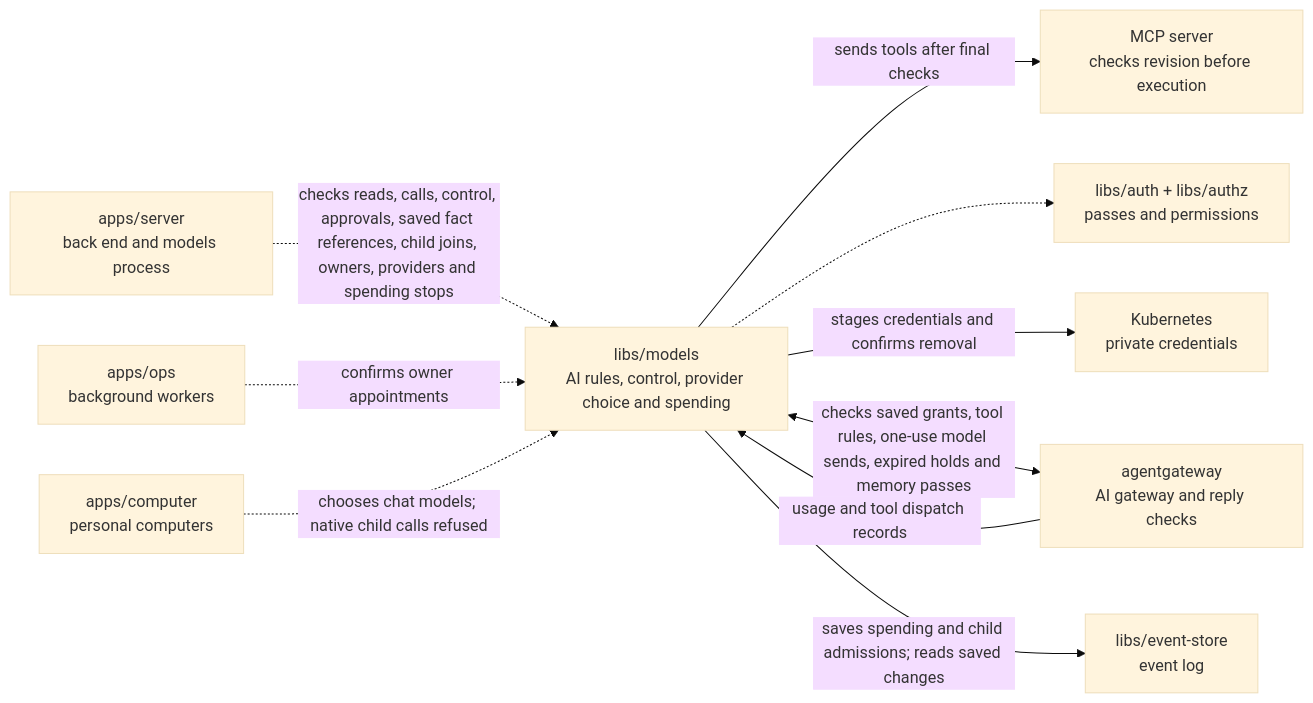
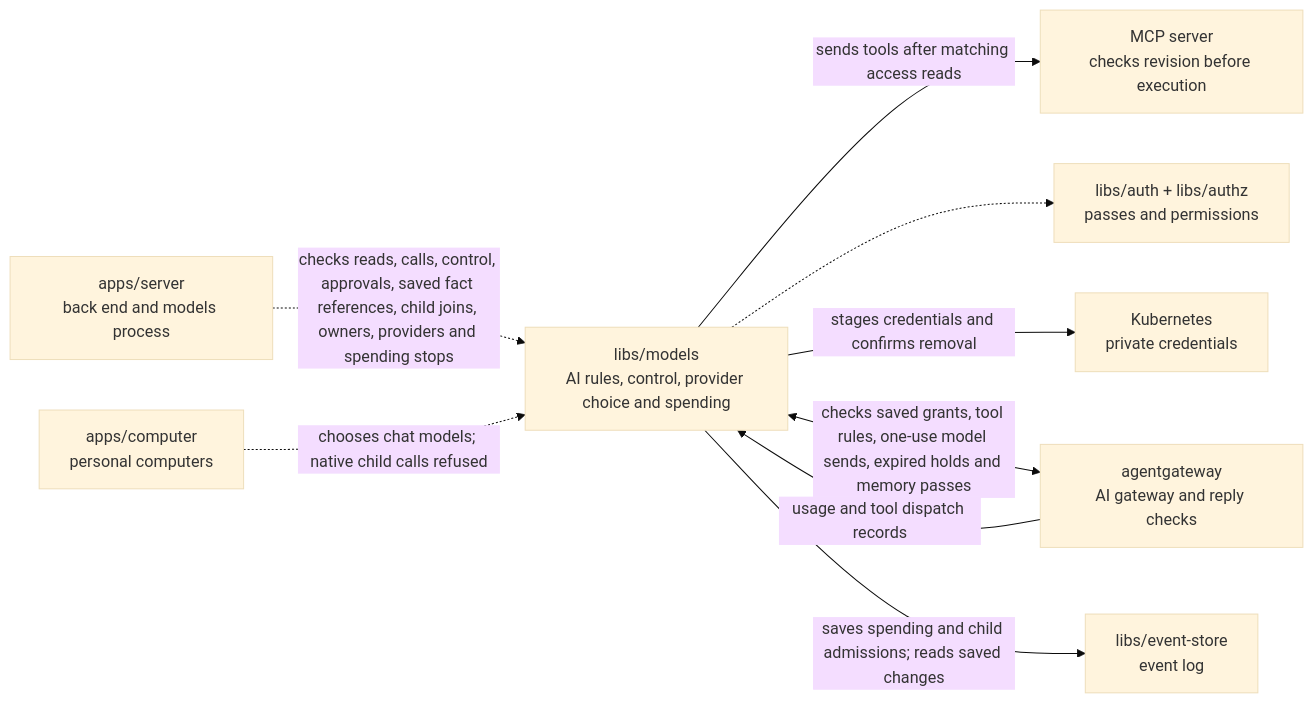
One commit to elewa-git/opencrane-new changed the diagram in libs/models/README.md. Above: the diagram before and after it, drawn with Mermaid (base theme). The commit also changed other lines of this file and 5 other files, not shown here.

Commit message:
🔒 Require matching access positions before sending MCP calls

````diff
--- a/libs/models/README.md
+++ b/libs/models/README.md
@@ -14,12 +14,11 @@
 ```mermaid
 flowchart LR
   server["apps/server<br/>back end and models process"] -.->|checks reads, calls, control, approvals, saved fact references, child joins, owners, providers and spending stops| models["libs/models<br/>AI rules, control, provider choice and spending"]
-  ops["apps/ops<br/>background workers"] -.->|confirms owner appointments| models
-  models -->|sends tools after final checks| mcp["MCP server<br/>checks revision before execution"]
+  models -->|sends tools after matching access reads| mcp["MCP server<br/>checks revision before execution"]
   computer["apps/computer<br/>personal computers"] -.->|chooses chat models; native child calls refused| models
   models -.-> auth["libs/auth + libs/authz<br/>passes and permissions"]
   models -->|stages credentials and confirms removal| custody["Kubernetes<br/>private credentials"]
   models <-->|checks saved grants, tool rules, one-use model sends, expired holds and memory passes| gateway["agentgateway<br/>AI gateway and reply checks"]
   gateway -->|usage and tool dispatch records| models
   models -->|saves spending and child admissions; reads saved changes| store["libs/event-store<br/>event log"]
 ```
````
